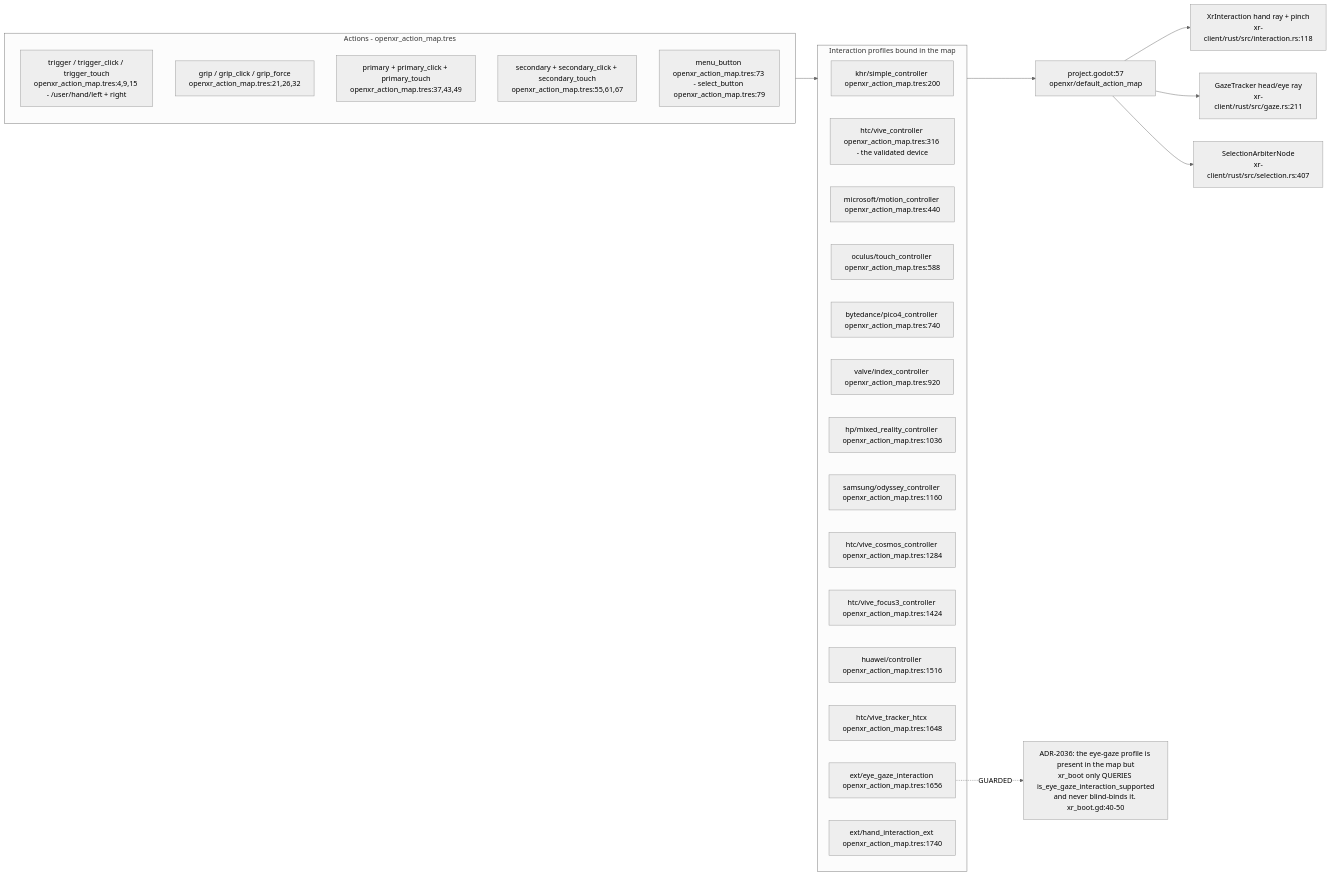
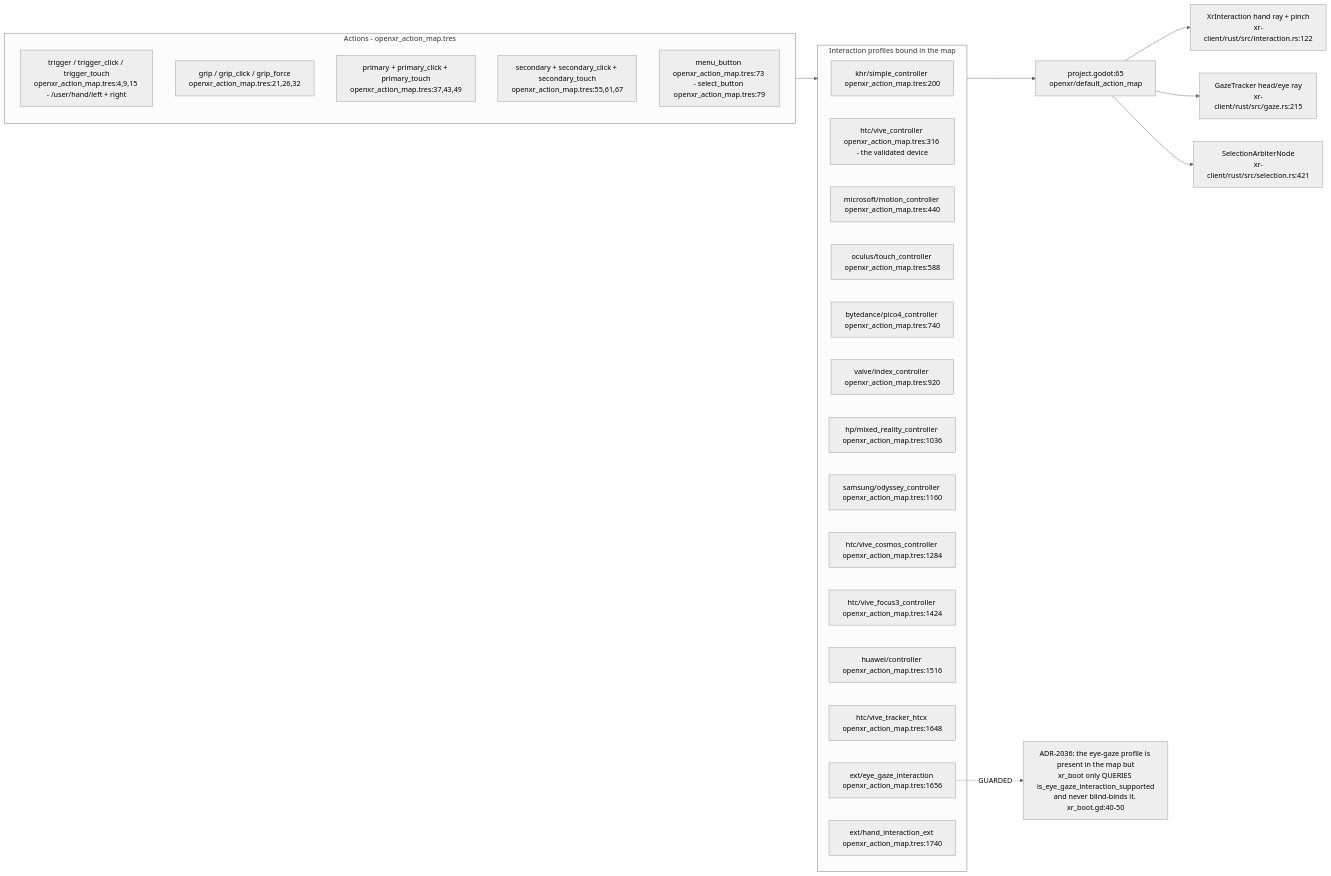
One commit to DreamLab-AI/VisionFlow changed diagram 14 of 26 in docs/diagrams/visionclaw/36-godot-xr-client.md. Above: the diagram before and after it, drawn with Mermaid (neutral theme). The commit also changed other lines of this file and 26 other files, not shown here.

First line of the commit message:
docs(diagrams): re-verify solid-pod-rs, nostr-rust-forum and visionclaw 22/36 against HEAD

````diff
--- a/docs/diagrams/visionclaw/36-godot-xr-client.md
+++ b/docs/diagrams/visionclaw/36-godot-xr-client.md
@@ -670,32 +700,32 @@
 ```mermaid
 flowchart LR
     subgraph acts["Actions - openxr_action_map.tres"]
         A1["trigger / trigger_click / trigger_touch<br/>openxr_action_map.tres:4,9,15 - /user/hand/left + right"]
         A2["grip / grip_click / grip_force<br/>openxr_action_map.tres:21,26,32"]
         A3["primary + primary_click + primary_touch<br/>openxr_action_map.tres:37,43,49"]
         A4["secondary + secondary_click + secondary_touch<br/>openxr_action_map.tres:55,61,67"]
         A5["menu_button openxr_action_map.tres:73 - select_button openxr_action_map.tres:79"]
     end
     subgraph prof["Interaction profiles bound in the map"]
         P1["khr/simple_controller openxr_action_map.tres:200"]
         P2["htc/vive_controller openxr_action_map.tres:316 - the validated device"]
         P3["microsoft/motion_controller openxr_action_map.tres:440"]
         P4["oculus/touch_controller openxr_action_map.tres:588"]
         P5["bytedance/pico4_controller openxr_action_map.tres:740"]
         P6["valve/index_controller openxr_action_map.tres:920"]
         P7["hp/mixed_reality_controller openxr_action_map.tres:1036"]
         P8["samsung/odyssey_controller openxr_action_map.tres:1160"]
         P9["htc/vive_cosmos_controller openxr_action_map.tres:1284"]
         P10["htc/vive_focus3_controller openxr_action_map.tres:1424"]
         P11["huawei/controller openxr_action_map.tres:1516"]
         P12["htc/vive_tracker_htcx openxr_action_map.tres:1648"]
         P13["ext/eye_gaze_interaction openxr_action_map.tres:1656"]
         P14["ext/hand_interaction_ext openxr_action_map.tres:1740"]
     end
     acts --> prof
-    prof --> XI["project.godot:57<br/>openxr/default_action_map"]
+    prof --> XI["project.godot:65<br/>openxr/default_action_map"]
     P13 -. "GUARDED" .-> EG["ADR-2036: the eye-gaze profile is present in the map but<br/>xr_boot only QUERIES is_eye_gaze_interaction_supported<br/>and never blind-binds it. xr_boot.gd:40-50"]
-    XI --> XR["XrInteraction hand ray + pinch<br/>xr-client/rust/src/interaction.rs:118"]
-    XI --> GZ["GazeTracker head/eye ray<br/>xr-client/rust/src/gaze.rs:211"]
-    XI --> SA["SelectionArbiterNode<br/>xr-client/rust/src/selection.rs:407"]
+    XI --> XR["XrInteraction hand ray + pinch<br/>xr-client/rust/src/interaction.rs:122"]
+    XI --> GZ["GazeTracker head/eye ray<br/>xr-client/rust/src/gaze.rs:215"]
+    XI --> SA["SelectionArbiterNode<br/>xr-client/rust/src/selection.rs:421"]
 ```
````
